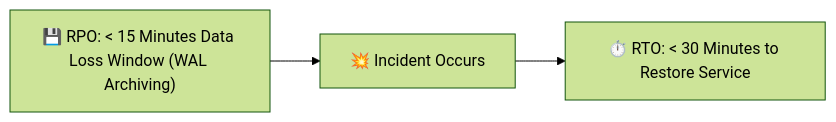
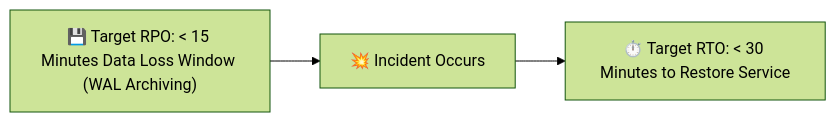
One commit to epicstudiohelpdesk-arch/GYMDECK changed the diagram in docs/operations/disaster-recovery.md. Above: the diagram before and after it, drawn with Mermaid (forest theme). The commit also changed other lines of this file and 4 other files, not shown here.

````diff
--- a/docs/operations/disaster-recovery.md
+++ b/docs/operations/disaster-recovery.md
@@ -5,5 +5,5 @@
 ```mermaid
 graph LR
-    Incident["💥 Incident Occurs"] --> RTO["⏱️ RTO: < 30 Minutes to Restore Service"]
-    RPO["💾 RPO: < 15 Minutes Data Loss Window (WAL Archiving)"] --> Incident
+    Incident["💥 Incident Occurs"] --> RTO["⏱️ Target RTO: < 30 Minutes to Restore Service"]
+    RPO["💾 Target RPO: < 15 Minutes Data Loss Window (WAL Archiving)"] --> Incident
 ```
````
